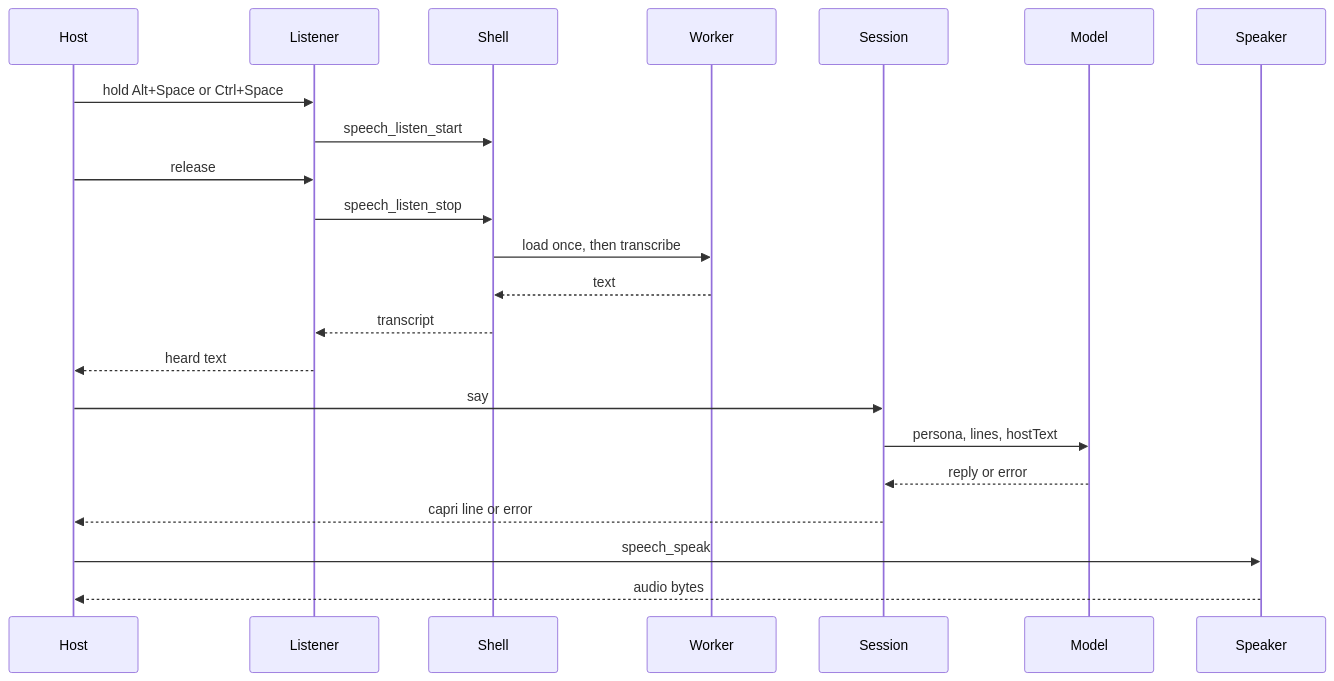
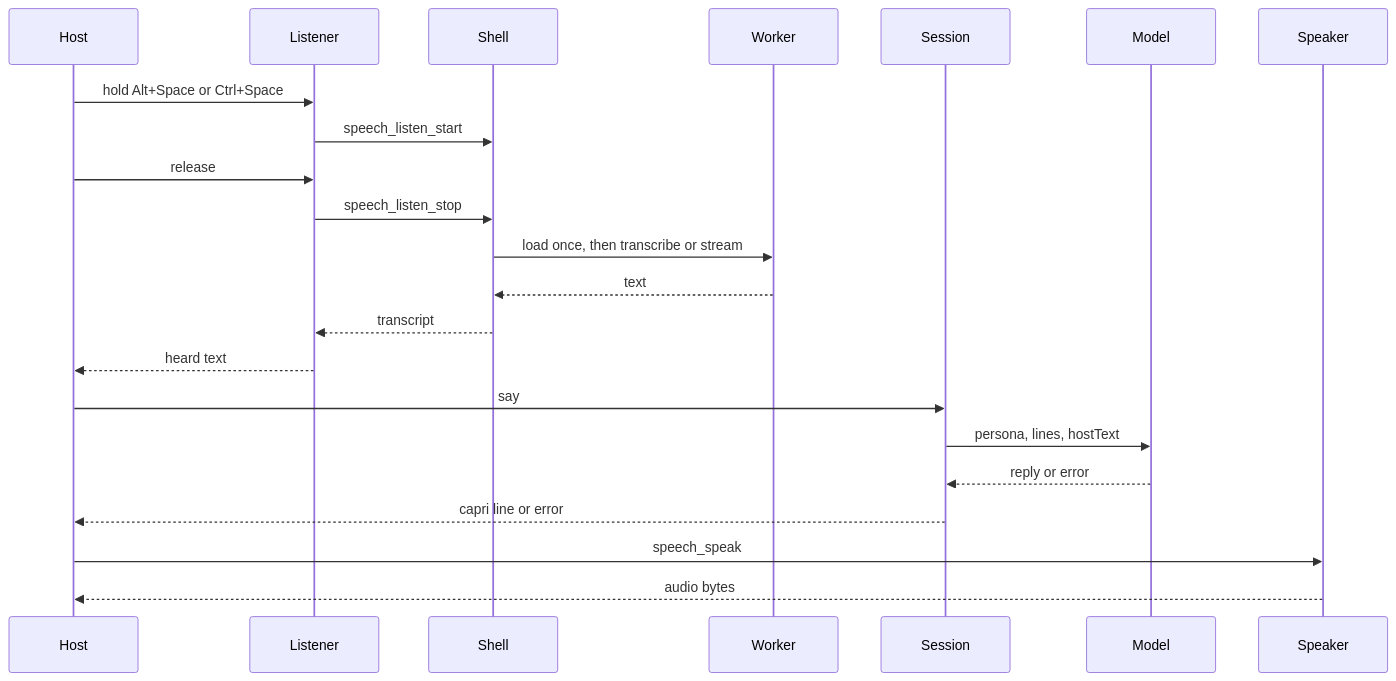
Before and after one commit to ItsYuma/Caprice: the second of 2 diagrams in docs/architecture.md, drawn with Mermaid. The commit also changed other lines of this file and 30 other files, not shown here.

````diff
--- a/docs/architecture.md
+++ b/docs/architecture.md
@@ -34,24 +34,24 @@
 ```mermaid
 sequenceDiagram
   participant Host
   participant Listener
   participant Shell
   participant Worker
   participant Session
   participant Model
   participant Speaker
   Host->>Listener: hold Alt+Space or Ctrl+Space
   Listener->>Shell: speech_listen_start
   Host->>Listener: release
   Listener->>Shell: speech_listen_stop
-  Shell->>Worker: load once, then transcribe
+  Shell->>Worker: load once, then transcribe or stream
   Worker-->>Shell: text
   Shell-->>Listener: transcript
   Listener-->>Host: heard text
   Host->>Session: say
   Session->>Model: persona, lines, hostText
   Model-->>Session: reply or error
   Session-->>Host: capri line or error
   Host->>Speaker: speech_speak
   Speaker-->>Host: audio bytes
 ```
````
